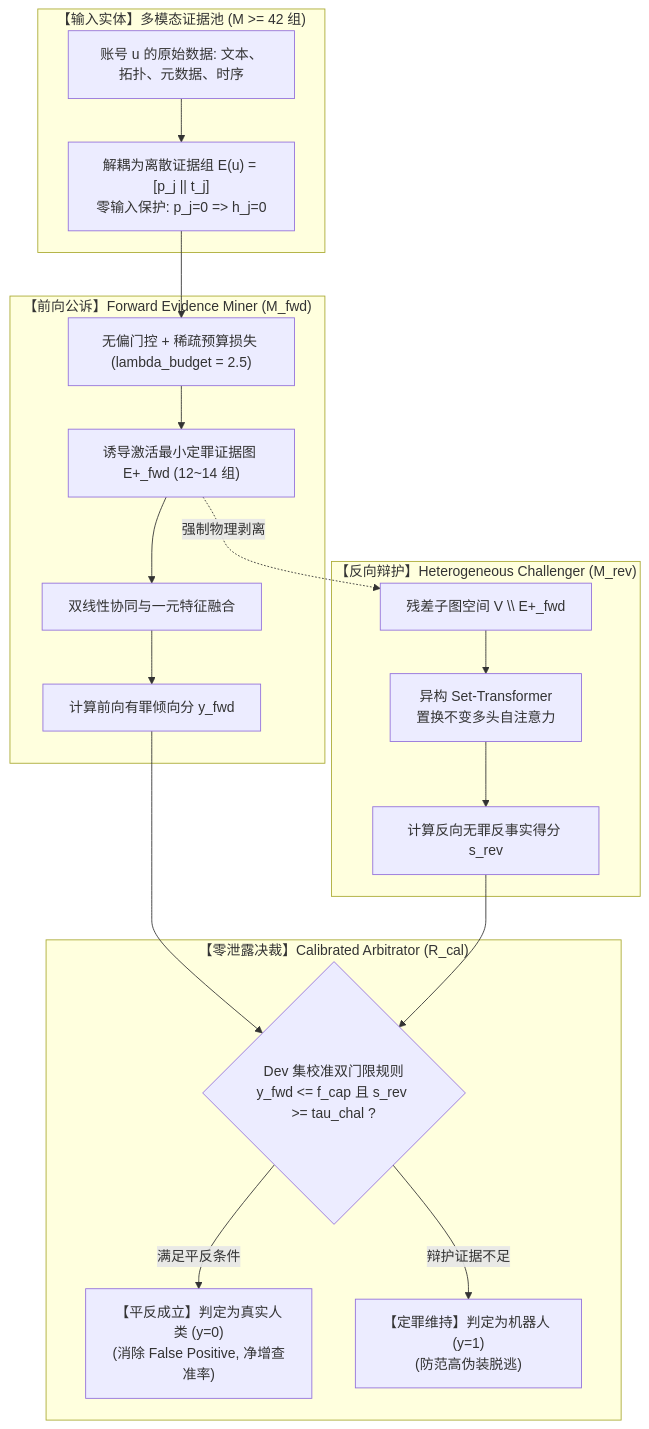
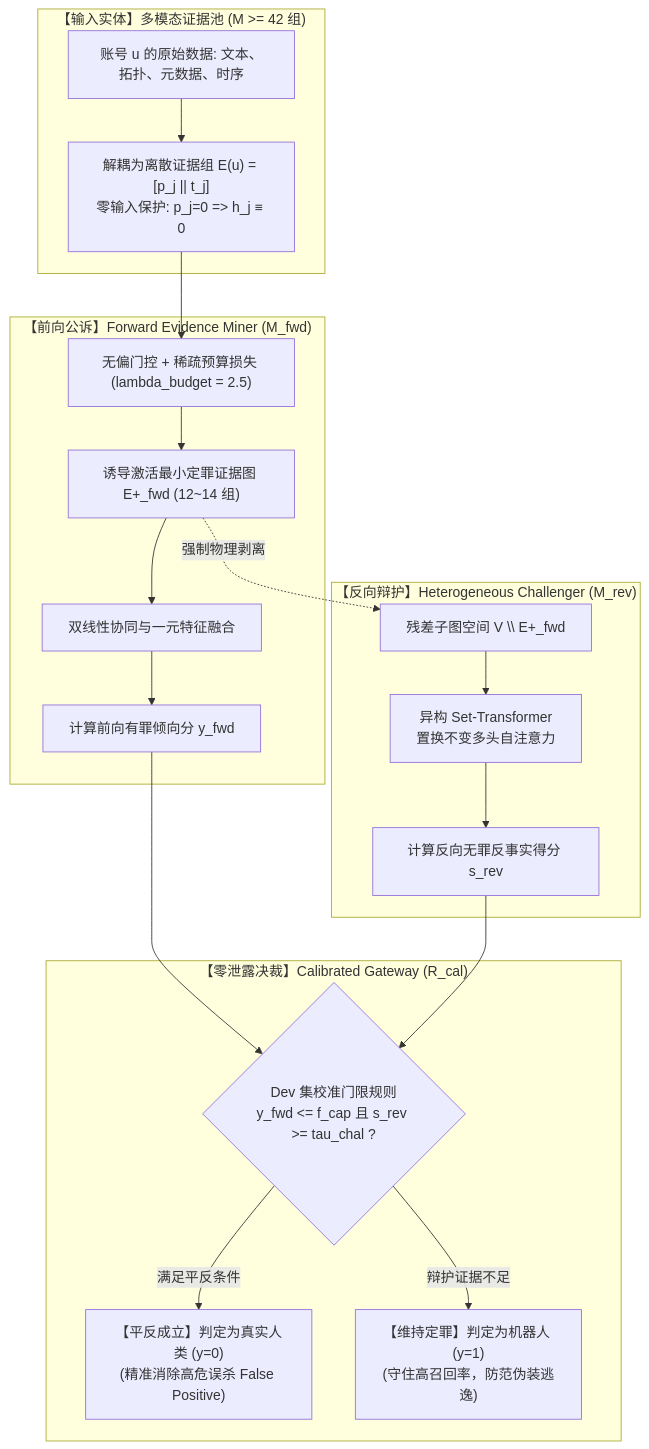
The diagram in veribot_complete_paper_writing_and_data_inventory.md (lhnjames/veribot), drawn with Mermaid before and after one commit. The commit also changed other lines of this file and 4 other files, not shown here.

````diff
--- a/veribot_complete_paper_writing_and_data_inventory.md
+++ b/veribot_complete_paper_writing_and_data_inventory.md
@@ -56,25 +61,25 @@
 ```mermaid
 flowchart TD
     subgraph Input["【输入实体】多模态证据池 (M >= 42 组)"]
-        Raw["账号 u 的原始数据: 文本、拓扑、元数据、时序"] --> Groups["解耦为离散证据组 E(u) = [p_j || t_j]\n零输入保护: p_j=0 => h_j=0"]
+        Raw["账号 u 的原始数据: 文本、拓扑、元数据、时序"] --> Groups["解耦为离散证据组 E(u) = [p_j || t_j]\n零输入保护: p_j=0 => h_j ≡ 0"]
     end
 
     subgraph Forward["【前向公诉】Forward Evidence Miner (M_fwd)"]
         Groups --> Gate["无偏门控 + 稀疏预算损失 (lambda_budget = 2.5)"]
         Gate --> Active["诱导激活最小定罪证据图 E+_fwd (12~14 组)"]
         Active --> Synergy["双线性协同与一元特征融合"]
         Synergy --> LogitFwd["计算前向有罪倾向分 y_fwd"]
     end
 
     subgraph Reverse["【反向辩护】Heterogeneous Challenger (M_rev)"]
         Active -.->|强制物理剥离| Residual["残差子图空间 V \\ E+_fwd"]
         Residual --> SetTrans["异构 Set-Transformer\n置换不变多头自注意力"]
         SetTrans --> LogitRev["计算反向无罪反事实得分 s_rev"]
     end
 
-    subgraph Gateway["【零泄露决裁】Calibrated Arbitrator (R_cal)"]
-        LogitFwd & LogitRev --> CalRule{"Dev 集校准双门限规则\ny_fwd <= f_cap 且 s_rev >= tau_chal ?"}
-        CalRule -->|满足平反条件| Human["【平反成立】判定为真实人类 (y=0)\n(消除 False Positive, 净增查准率)"]
-        CalRule -->|辩护证据不足| Bot["【定罪维持】判定为机器人 (y=1)\n(防范高伪装脱逃)"]
+    subgraph Gateway["【零泄露决裁】Calibrated Gateway (R_cal)"]
+        LogitFwd & LogitRev --> CalRule{"Dev 集校准门限规则\ny_fwd <= f_cap 且 s_rev >= tau_chal ?"}
+        CalRule -->|满足平反条件| Human["【平反成立】判定为真实人类 (y=0)\n(精准消除高危误杀 False Positive)"]
+        CalRule -->|辩护证据不足| Bot["【维持定罪】判定为机器人 (y=1)\n(守住高召回率，防范伪装逃逸)"]
     end
 ```
````
